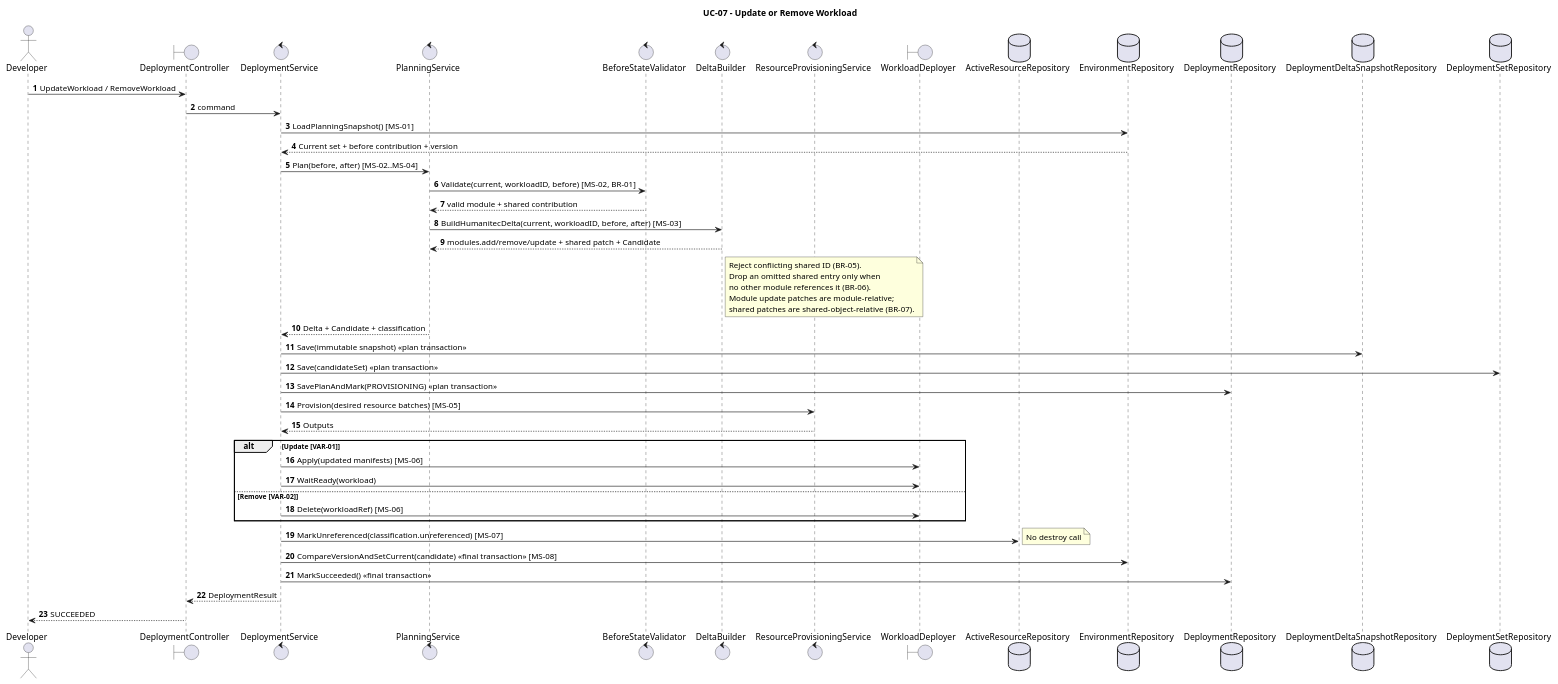
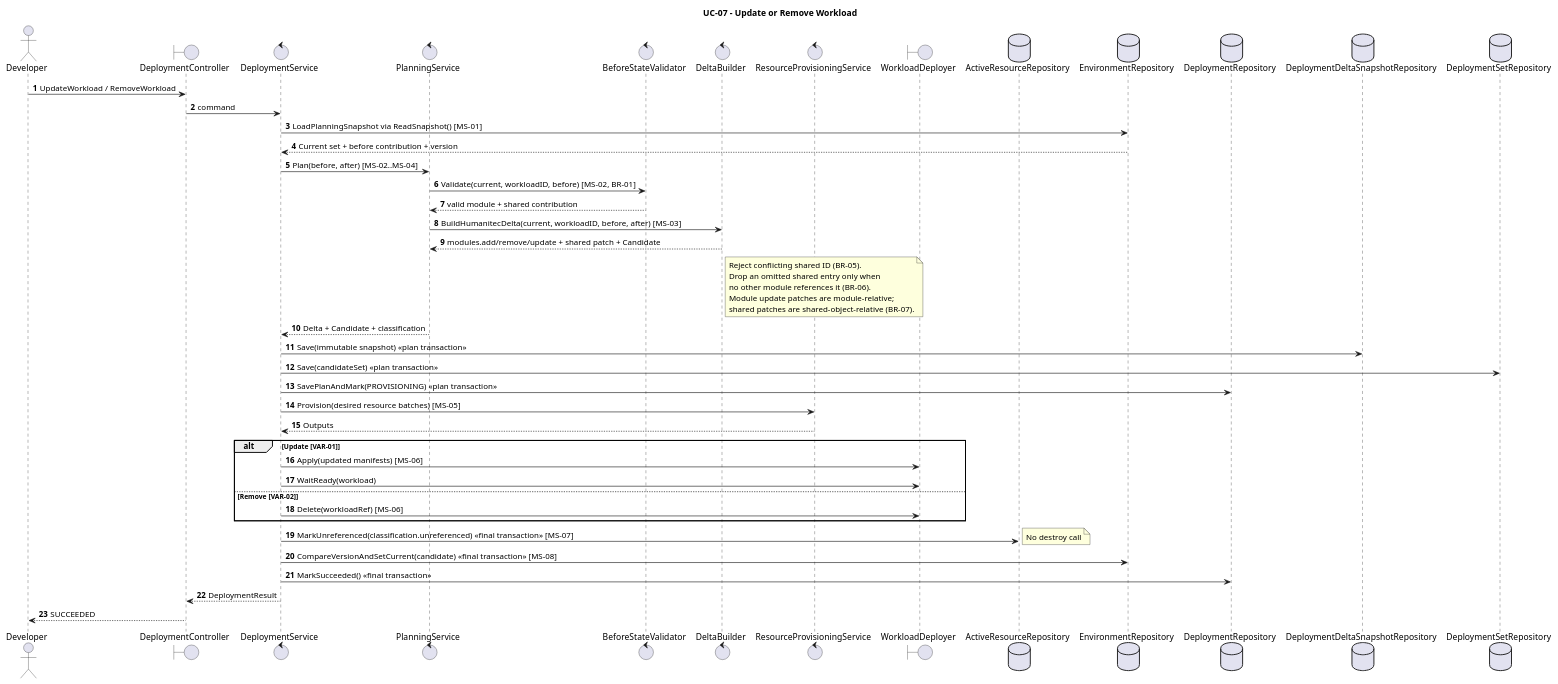
The diagram in orchestrator_docs/usecase/UC-07/sequence.puml (pr3s3nt/poc), drawn with PlantUML before and after one commit. The commit also changed 53 other files, not shown here.

```diff
--- a/orchestrator_docs/usecase/UC-07/sequence.puml
+++ b/orchestrator_docs/usecase/UC-07/sequence.puml
@@ -1,52 +1,52 @@
 @startuml
 title UC-07 - Update or Remove Workload
 autonumber
 actor Developer
 boundary DeploymentController as API
 control DeploymentService as Service
 control PlanningService as Planner
 control BeforeStateValidator as BeforeValidator
 control DeltaBuilder as Delta
 control ResourceProvisioningService as Provisioner
 boundary WorkloadDeployer as Deployer
 database ActiveResourceRepository as ResourceRepo
 database EnvironmentRepository as EnvRepo
 database DeploymentRepository as DeploymentRepo
 database DeploymentDeltaSnapshotRepository as DeltaSnapshotRepo
 database DeploymentSetRepository as SetRepo
 
 Developer -> API: UpdateWorkload / RemoveWorkload
 API -> Service: command
-Service -> EnvRepo: LoadPlanningSnapshot() [MS-01]
+Service -> EnvRepo: LoadPlanningSnapshot via ReadSnapshot() [MS-01]
 EnvRepo --> Service: Current set + before contribution + version
 Service -> Planner: Plan(before, after) [MS-02..MS-04]
 Planner -> BeforeValidator: Validate(current, workloadID, before) [MS-02, BR-01]
 BeforeValidator --> Planner: valid module + shared contribution
 Planner -> Delta: BuildHumanitecDelta(current, workloadID, before, after) [MS-03]
 Delta --> Planner: modules.add/remove/update + shared patch + Candidate
 note right of Delta
 Reject conflicting shared ID (BR-05).
 Drop an omitted shared entry only when
 no other module references it (BR-06).
 Module update patches are module-relative;
 shared patches are shared-object-relative (BR-07).
 end note
 Planner --> Service: Delta + Candidate + classification
 Service -> DeltaSnapshotRepo: Save(immutable snapshot) <<plan transaction>>
 Service -> SetRepo: Save(candidateSet) <<plan transaction>>
 Service -> DeploymentRepo: SavePlanAndMark(PROVISIONING) <<plan transaction>>
 Service -> Provisioner: Provision(desired resource batches) [MS-05]
 Provisioner --> Service: Outputs
 alt Update [VAR-01]
   Service -> Deployer: Apply(updated manifests) [MS-06]
   Service -> Deployer: WaitReady(workload)
 else Remove [VAR-02]
   Service -> Deployer: Delete(workloadRef) [MS-06]
 end
-Service -> ResourceRepo: MarkUnreferenced(classification.unreferenced) [MS-07]
+Service -> ResourceRepo: MarkUnreferenced(classification.unreferenced) <<final transaction>> [MS-07]
 note right: No destroy call
 Service -> EnvRepo: CompareVersionAndSetCurrent(candidate) <<final transaction>> [MS-08]
 Service -> DeploymentRepo: MarkSucceeded() <<final transaction>>
 Service --> API: DeploymentResult
 API --> Developer: SUCCEEDED
 @enduml
```
